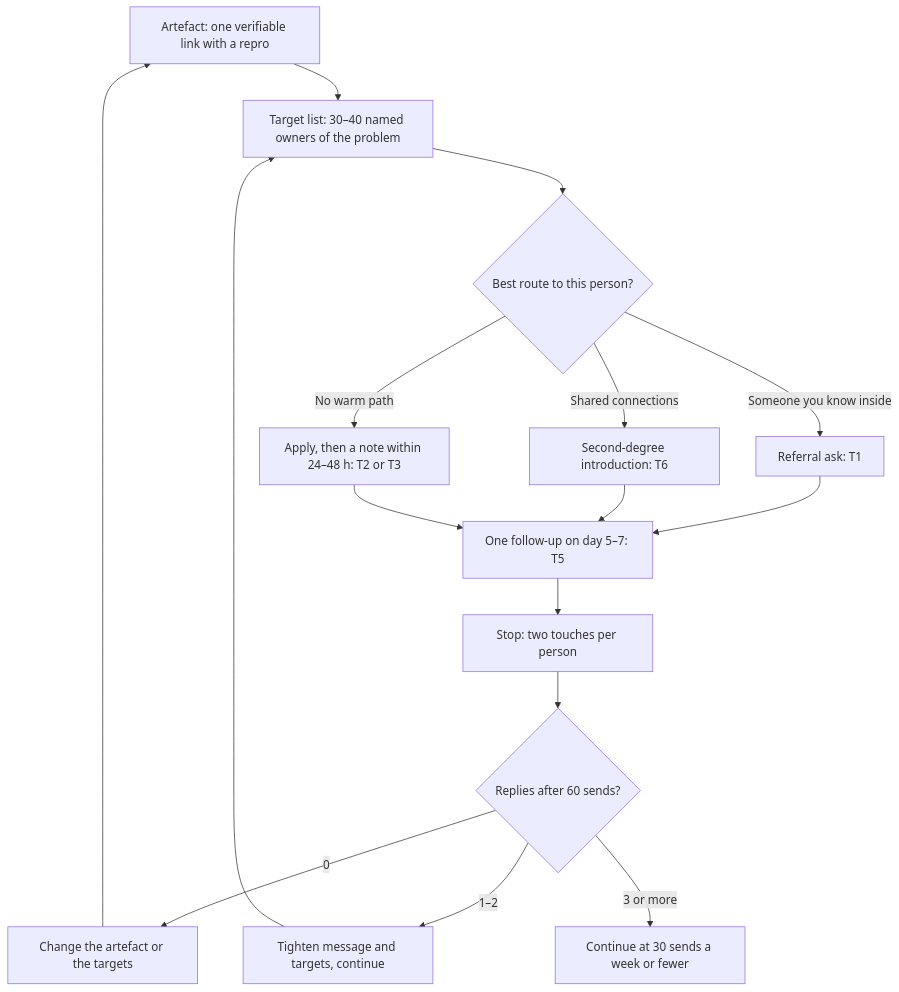
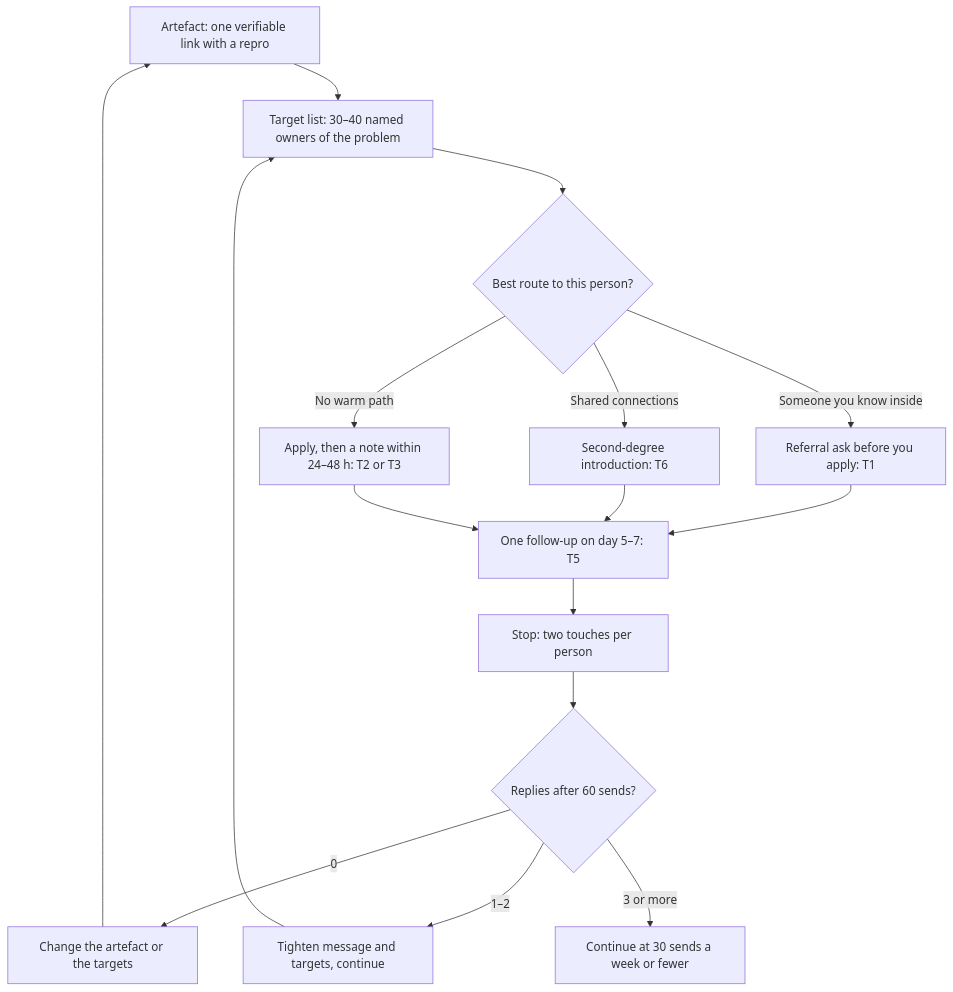
Before and after one commit to bhaskarjha-dev/genai-career: the diagram in career/07-networking/referrals-and-outreach.md, drawn with Mermaid. The commit also changed other lines of this file and 8 other files, not shown here.

````diff
--- a/career/07-networking/referrals-and-outreach.md
+++ b/career/07-networking/referrals-and-outreach.md
@@ -33,18 +33,18 @@
 ```mermaid
 flowchart TD
     A["Artefact: one verifiable link with a repro"] --> B["Target list: 30–40 named owners of the problem"]
     B --> C{"Best route to this person?"}
-    C -->|"Someone you know inside"| D["Referral ask: T1"]
+    C -->|"Someone you know inside"| D["Referral ask before you apply: T1"]
     C -->|"Shared connections"| E["Second-degree introduction: T6"]
     C -->|"No warm path"| F["Apply, then a note within 24–48 h: T2 or T3"]
     D --> G["One follow-up on day 5–7: T5"]
     E --> G
     F --> G
     G --> H["Stop: two touches per person"]
     H --> I{"Replies after 60 sends?"}
     I -->|"0"| J["Change the artefact or the targets"]
     I -->|"1–2"| K["Tighten message and targets, continue"]
     I -->|"3 or more"| L["Continue at 30 sends a week or fewer"]
     J --> A
     K --> B
 ```
````
